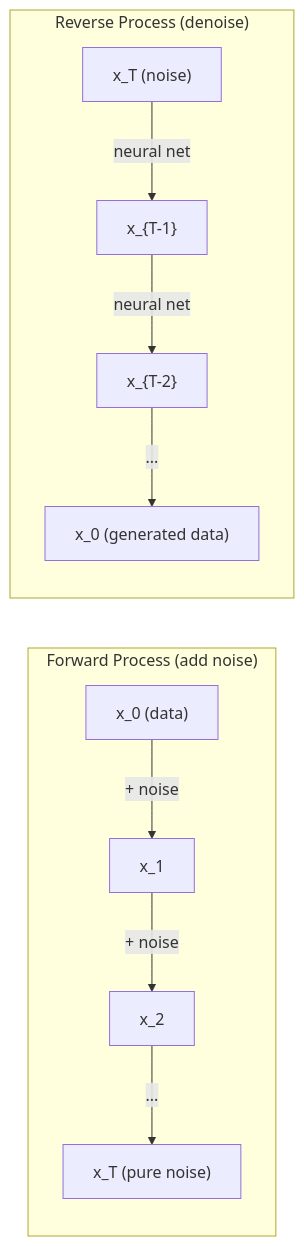
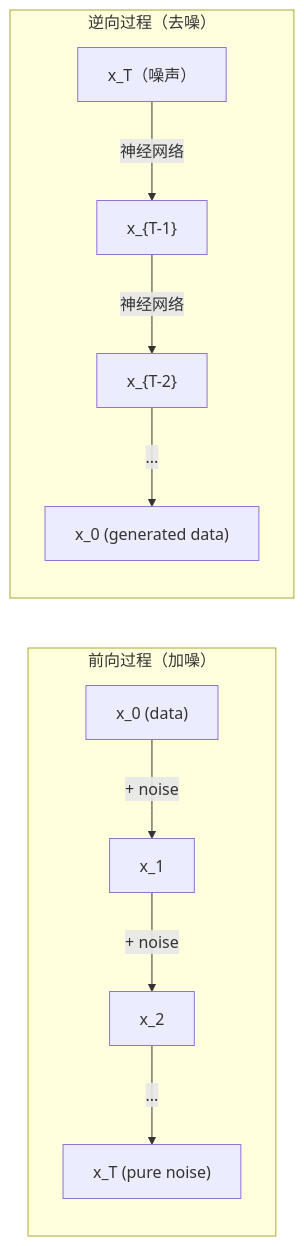
One commit to omigaZen/ai-engineering-from-scratch changed the second of 2 diagrams in phases/01-math-foundations/22-stochastic-processes/docs/zh.md. Above: the diagram before and after it, drawn with Mermaid.

Commit message:
feat(phase-01/22): polish stochastic diagrams

````diff
--- a/phases/01-math-foundations/22-stochastic-processes/docs/zh.md
+++ b/phases/01-math-foundations/22-stochastic-processes/docs/zh.md
@@ -179,13 +179,13 @@
 ```mermaid
 graph LR
-    subgraph "Forward Process (add noise)"
+    subgraph "前向过程（加噪）"
         X0["x_0 (data)"] -->|"+ noise"| X1["x_1"]
         X1 -->|"+ noise"| X2["x_2"]
         X2 -->|"..."| XT["x_T (pure noise)"]
     end
-    subgraph "Reverse Process (denoise)"
-        XT2["x_T (noise)"] -->|"neural net"| XR2["x_{T-1}"]
-        XR2 -->|"neural net"| XR1["x_{T-2}"]
+    subgraph "逆向过程（去噪）"
+        XT2["x_T（噪声）"] -->|"神经网络"| XR2["x_{T-1}"]
+        XR2 -->|"神经网络"| XR1["x_{T-2}"]
         XR1 -->|"..."| XR0["x_0 (generated data)"]
     end
 ```
````
